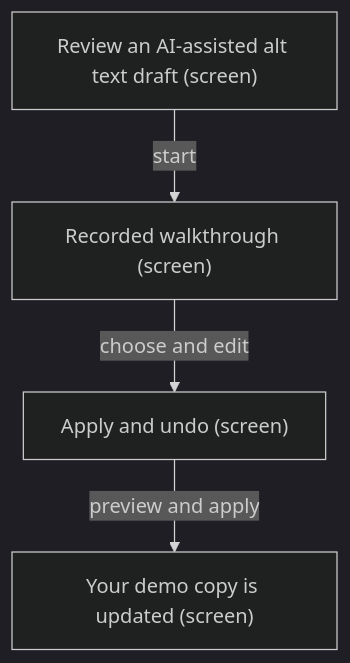
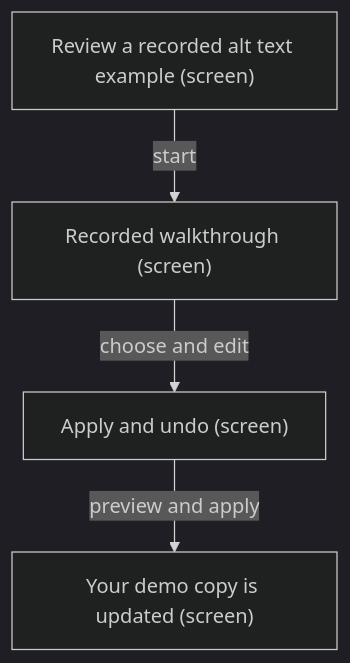
The first of 7 diagrams in apps/prototype-wp-alt-context/docs/ux-maps/public-guide.md (darce/context-alt-text-monorepo), drawn with Mermaid (dark theme) before and after one commit. The commit also changed other lines of this file and 3 other files, not shown here.

````diff
--- a/apps/prototype-wp-alt-context/docs/ux-maps/public-guide.md
+++ b/apps/prototype-wp-alt-context/docs/ux-maps/public-guide.md
@@ -215,12 +215,12 @@
 ```mermaid
 flowchart TD
   %% flow: Signed-out choose → edit → preview → apply → undo job=try-recorded
   %% steps: [{"screen_id":"entry","branch_label":"start"},{"screen_id":"walkthrough","branch_label":"choose and edit"},{"screen_id":"apply","branch_label":"preview and apply"},{"screen_id":"outcome","branch_label":"undo still in tab"}]
-  n_entry["Review an AI-assisted alt text draft (screen)"]
+  n_entry["Review a recorded alt text example (screen)"]
   n_walkthrough["Recorded walkthrough (screen)"]
   n_entry -->|start| n_walkthrough
   n_apply["Apply and undo (screen)"]
   n_walkthrough -->|choose and edit| n_apply
   n_outcome["Your demo copy is updated (screen)"]
   n_apply -->|preview and apply| n_outcome
 ```
````
